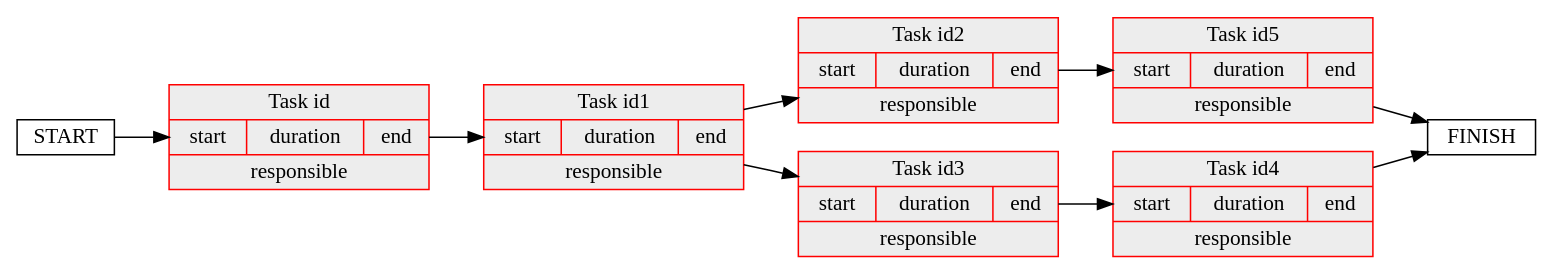
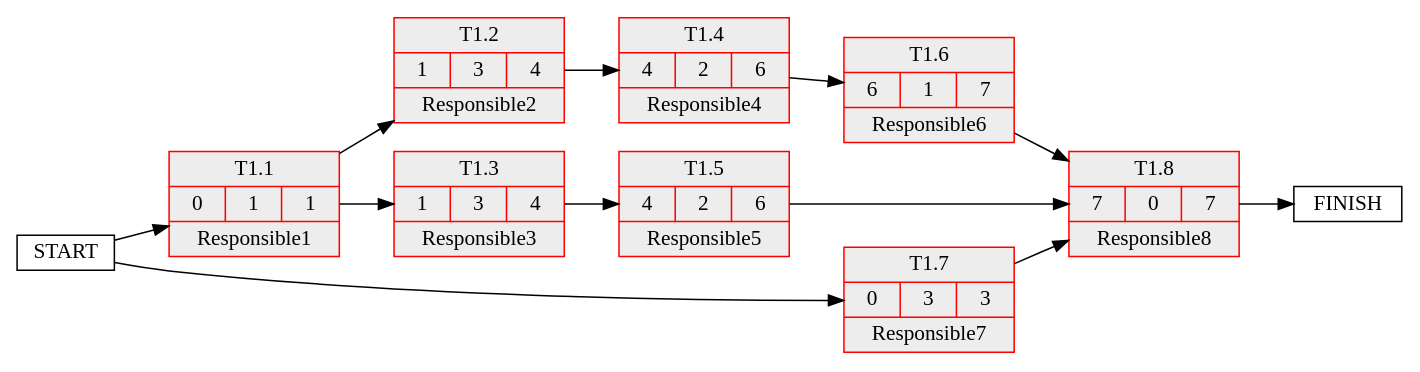
One commit to sisayie/pertchart changed the diagram in PERT.gv. Above: the diagram before and after it, drawn with Graphviz. The commit also changed 4 other files, not shown here.

```diff
--- a/PERT.gv
+++ b/PERT.gv
@@ -1,19 +1,24 @@
 digraph g {
 	node [height=.1 shape=Mrecord]
 	rankdir=LR
 	node [shape=record]
-	"Task id" [label="<f0>Task id |{start|duration|end}|<f2>responsible" color=red fillcolor=grey93 style=filled]
-	"Task id1" [label="<f0>Task id1 |{start|duration|end}|<f2>responsible" color=red fillcolor=grey93 style=filled]
-	"Task id2" [label="<f0>Task id2 |{start|duration|end}|<f2>responsible" color=red fillcolor=grey93 style=filled]
-	"Task id3" [label="<f0>Task id3 |{start|duration|end}|<f2>responsible" color=red fillcolor=grey93 style=filled]
-	"Task id4" [label="<f0>Task id4 |{start|duration|end}|<f2>responsible" color=red fillcolor=grey93 style=filled]
-	"Task id5" [label="<f0>Task id5 |{start|duration|end}|<f2>responsible" color=red fillcolor=grey93 style=filled]
-	START -> "Task id"
-	"Task id" -> "Task id1"
-	"Task id1" -> "Task id2"
-	"Task id1" -> "Task id3"
-	"Task id3" -> "Task id4"
-	"Task id2" -> "Task id5"
-	"Task id4" -> FINISH
-	"Task id5" -> FINISH
+	"T1.1" [label="<f0>T1.1 |{0|1|1}|<f2>Responsible1" color=red fillcolor=grey93 style=filled]
+	"T1.2" [label="<f0>T1.2 |{1|3|4}|<f2>Responsible2" color=red fillcolor=grey93 style=filled]
+	"T1.3" [label="<f0>T1.3 |{1|3|4}|<f2>Responsible3" color=red fillcolor=grey93 style=filled]
+	"T1.4" [label="<f0>T1.4 |{4|2|6}|<f2>Responsible4" color=red fillcolor=grey93 style=filled]
+	"T1.5" [label="<f0>T1.5 |{4|2|6}|<f2>Responsible5" color=red fillcolor=grey93 style=filled]
+	"T1.6" [label="<f0>T1.6 |{6|1|7}|<f2>Responsible6" color=red fillcolor=grey93 style=filled]
+	"T1.7" [label="<f0>T1.7 |{0|3|3}|<f2>Responsible7" color=red fillcolor=grey93 style=filled]
+	"T1.8" [label="<f0>T1.8 |{7|0|7}|<f2>Responsible8" color=red fillcolor=grey93 style=filled]
+	START -> "T1.1"
+	"T1.1" -> "T1.2"
+	"T1.1" -> "T1.3"
+	"T1.2" -> "T1.4"
+	"T1.3" -> "T1.5"
+	"T1.4" -> "T1.6"
+	START -> "T1.7"
+	"T1.5" -> "T1.8"
+	"T1.6" -> "T1.8"
+	"T1.7" -> "T1.8"
+	"T1.8" -> FINISH
 }
```
